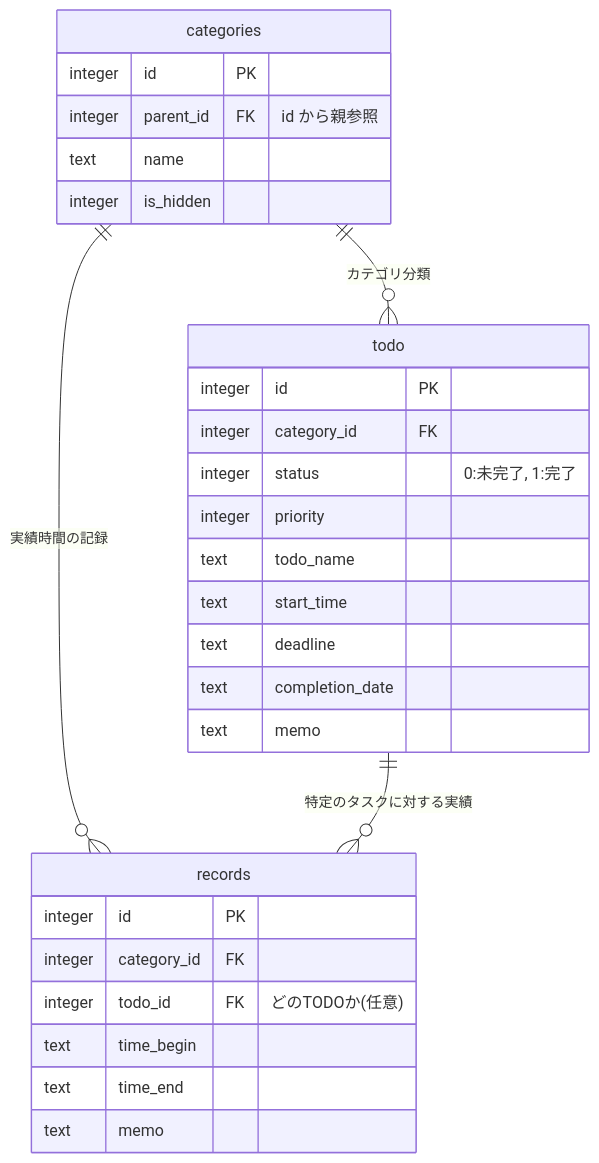
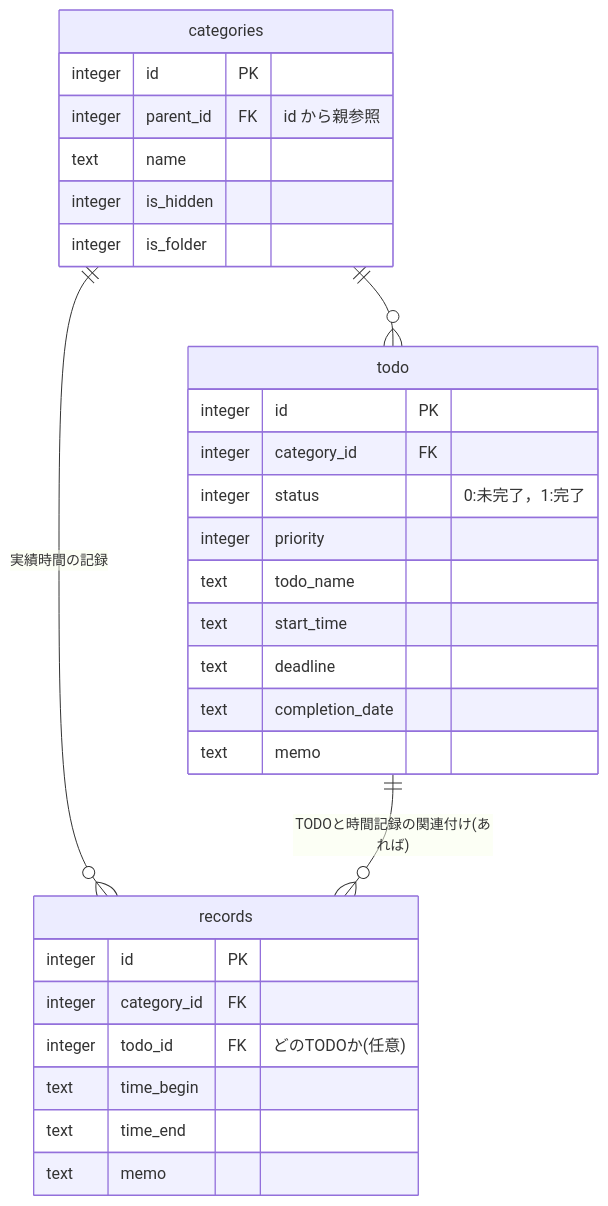
Before and after one commit to nullruptr/MochiBeta: the diagram in src/core/db/db.md, drawn with Mermaid. The commit also changed other lines of this file and 1 other file, not shown here.

Commit message:
add is_folder on categories

````diff
--- a/src/core/db/db.md
+++ b/src/core/db/db.md
@@ -3,34 +3,35 @@
 ```mermaid
 erDiagram
     categories ||--o{ records : "実績時間の記録"
-    categories ||--o{ todo : "カテゴリ分類"
-    todo ||--o{ records : "特定のタスクに対する実績"
+    categories ||--o{ todo : ""
+    todo ||--o{ records : "TODOと時間記録の関連付け(あれば)"
 
     categories {
         integer id PK
         integer parent_id FK "id から親参照"
         text name
         integer is_hidden
+        integer is_folder
     }
 
     records {
         integer id PK
         integer category_id FK
         integer todo_id FK "どのTODOか(任意)"
         text time_begin
         text time_end
         text memo
     }
 
     todo {
         integer id PK
         integer category_id FK
-        integer status "0:未完了, 1:完了"
+        integer status "0:未完了，1:完了"
         integer priority
         text todo_name
         text start_time
         text deadline
         text completion_date
         text memo
     }
 ```
````
